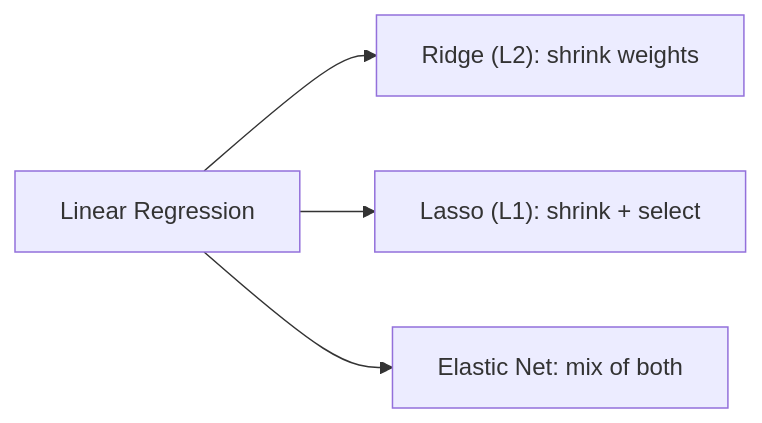
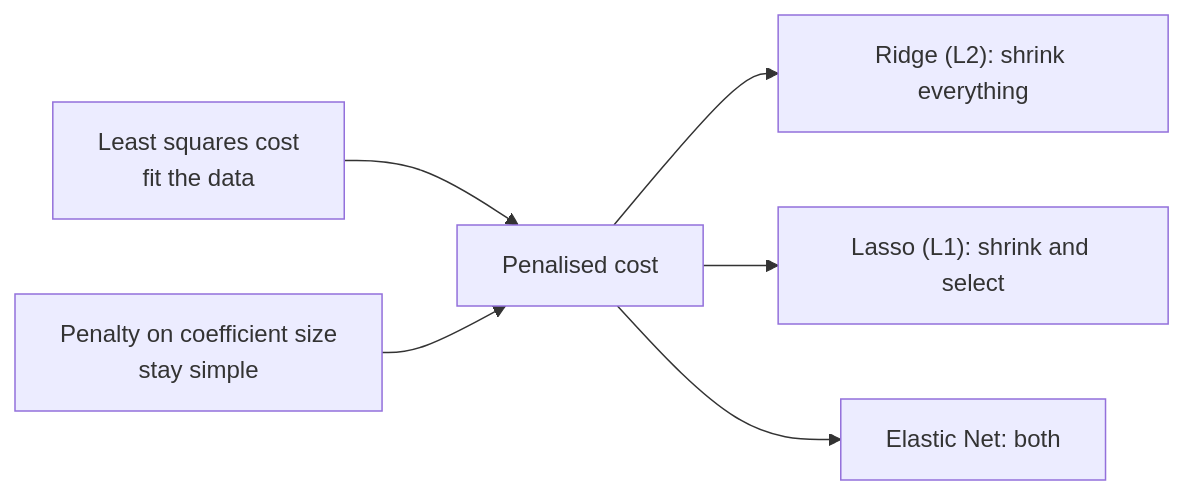
One commit to Ravikisha/PythonCentralHub changed the diagram in src/content/docs/Machine Learning/Phase 03 - Supervised Learning - Regression/Regularization Ridge and Lasso Regression.mdx. Above: the diagram before and after it, drawn with Mermaid. The commit also changed other lines of this file and 1327 other files, not shown here.

````diff
--- a/src/content/docs/Machine Learning/Phase 03 - Supervised Learning - Regression/Regularization Ridge and Lasso Regression.mdx
+++ b/src/content/docs/Machine Learning/Phase 03 - Supervised Learning - Regression/Regularization Ridge and Lasso Regression.mdx
@@ -78,6 +34,8 @@
 ```mermaid
 flowchart LR
-  A[Linear Regression] --> B["Ridge (L2): shrink weights"]
-  A --> C["Lasso (L1): shrink + select"]
-  A --> D["Elastic Net: mix of both"]
+  A["Least squares cost<br/>fit the data"] --> C["Penalised cost"]
+  B["Penalty on coefficient size<br/>stay simple"] --> C
+  C --> R["Ridge (L2): shrink everything"]
+  C --> L["Lasso (L1): shrink and select"]
+  C --> E["Elastic Net: both"]
 ```
````
